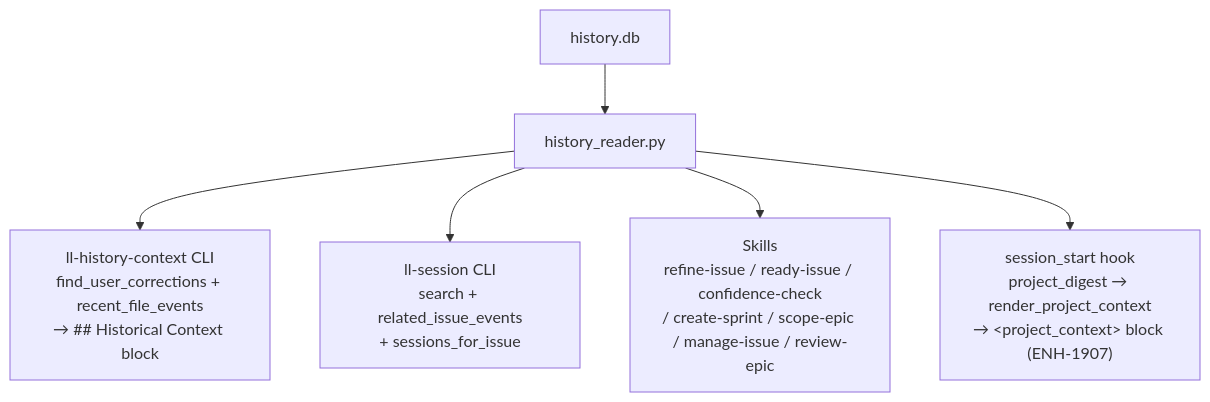
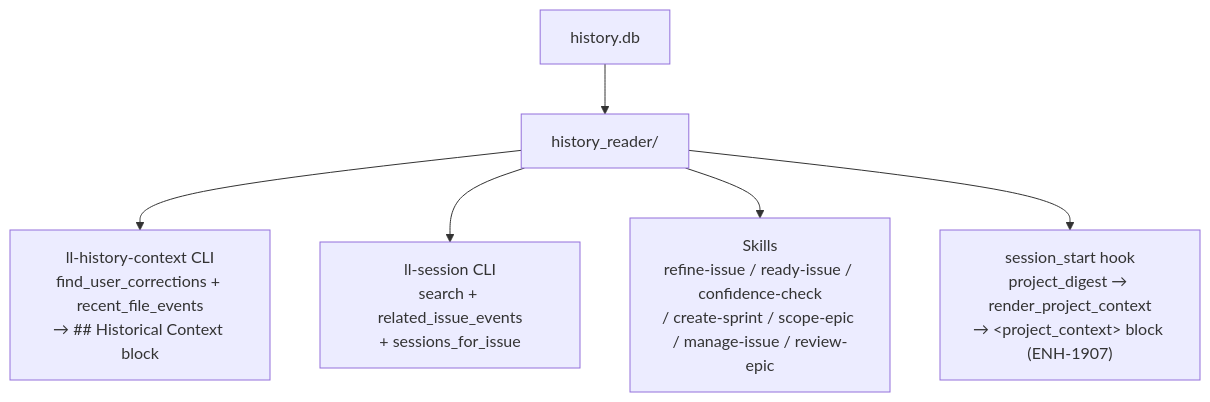
Before and after one commit to BrennonTWilliams/little-loops: the seventh of 17 diagrams in docs/ARCHITECTURE.md, drawn with Mermaid. The commit also changed other lines of this file and 31 other files, not shown here.

First line of the commit message:
refactor(history-reader): split history_reader.py into subpackage

````diff
--- a/docs/ARCHITECTURE.md
+++ b/docs/ARCHITECTURE.md
@@ -727,10 +727,10 @@
 ```mermaid
 flowchart TB
     DB[history.db]
-    HR[history_reader.py]
+    HR[history_reader/]
     DB --> HR
     HR --> HC["ll-history-context CLI<br/>find_user_corrections + recent_file_events<br/>→ ## Historical Context block"]
     HR --> LS["ll-session CLI<br/>search + related_issue_events<br/>+ sessions_for_issue"]
     HR --> SK["Skills<br/>refine-issue / ready-issue / confidence-check<br/>/ create-sprint / scope-epic / manage-issue / review-epic"]
     HR --> SS2["session_start hook<br/>project_digest → render_project_context<br/>→ &lt;project_context&gt; block (ENH-1907)"]
 ```
````
